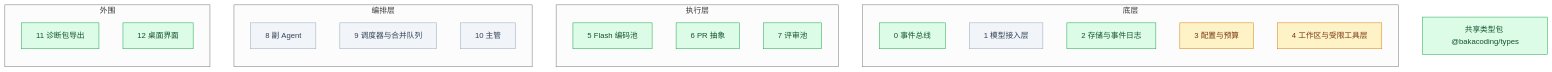
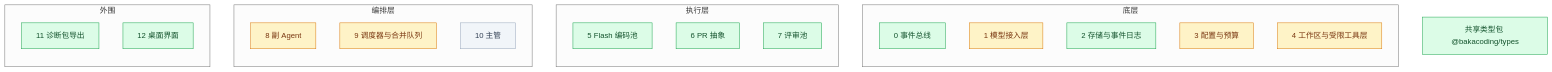
The diagram in docs/progress.md (Akarin7784/BakaCoding), drawn with Mermaid (neutral theme) before and after one commit. The commit also changed other lines of this file, not shown here.

````diff
--- a/docs/progress.md
+++ b/docs/progress.md
@@ -11,33 +11,33 @@
 ```mermaid
 flowchart BT
   subgraph 底层
     M0[0 事件总线]
     M1[1 模型接入层]
     M2[2 存储与事件日志]
     M3[3 配置与预算]
     M4[4 工作区与受限工具层]
   end
   subgraph 执行层
     M5[5 Flash 编码池]
     M6[6 PR 抽象]
     M7[7 评审池]
   end
   subgraph 编排层
     M8[8 副 Agent]
     M9[9 调度器与合并队列]
     M10[10 主管]
   end
   subgraph 外围
     M11[11 诊断包导出]
     M12[12 桌面界面]
   end
   T[共享类型包 @bakacoding/types]
 
   classDef todo fill:#f1f5f9,stroke:#94a3b8,color:#334155
   classDef doing fill:#fef3c7,stroke:#d97706,color:#78350f
   classDef done fill:#dcfce7,stroke:#16a34a,color:#14532d
 
   class M0,M2,M5,M6,M7,M11,M12,T done
-  class M3,M4 doing
-  class M1,M8,M9,M10 todo
+  class M1,M3,M4,M8,M9 doing
+  class M10 todo
 ```
````
